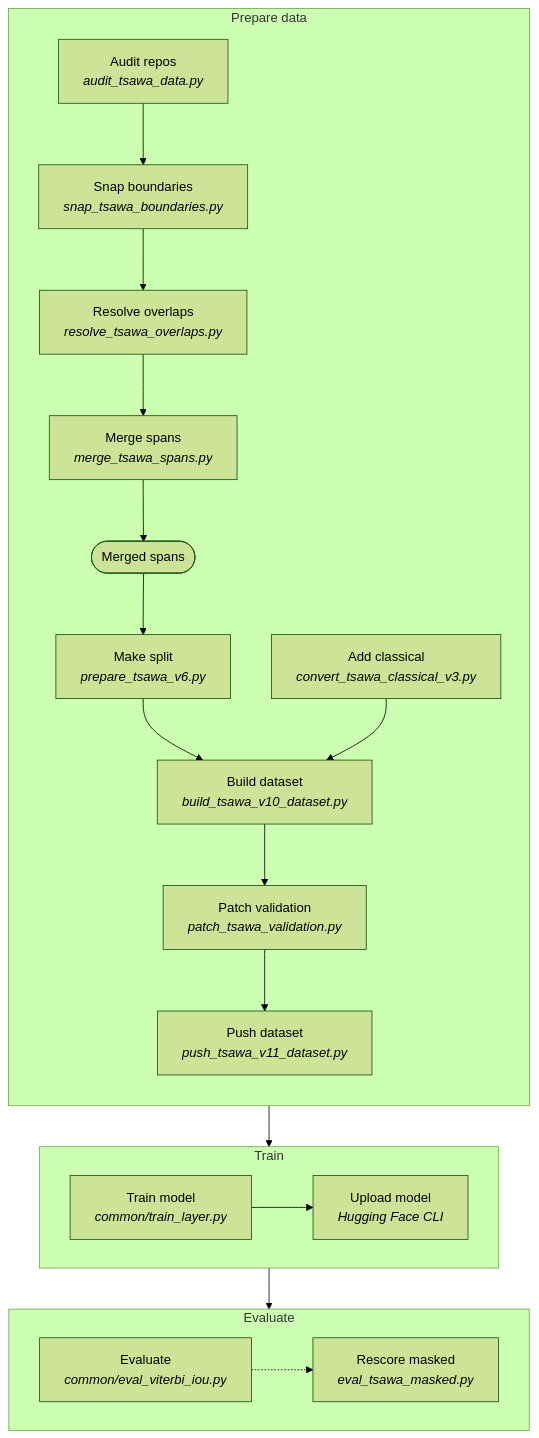
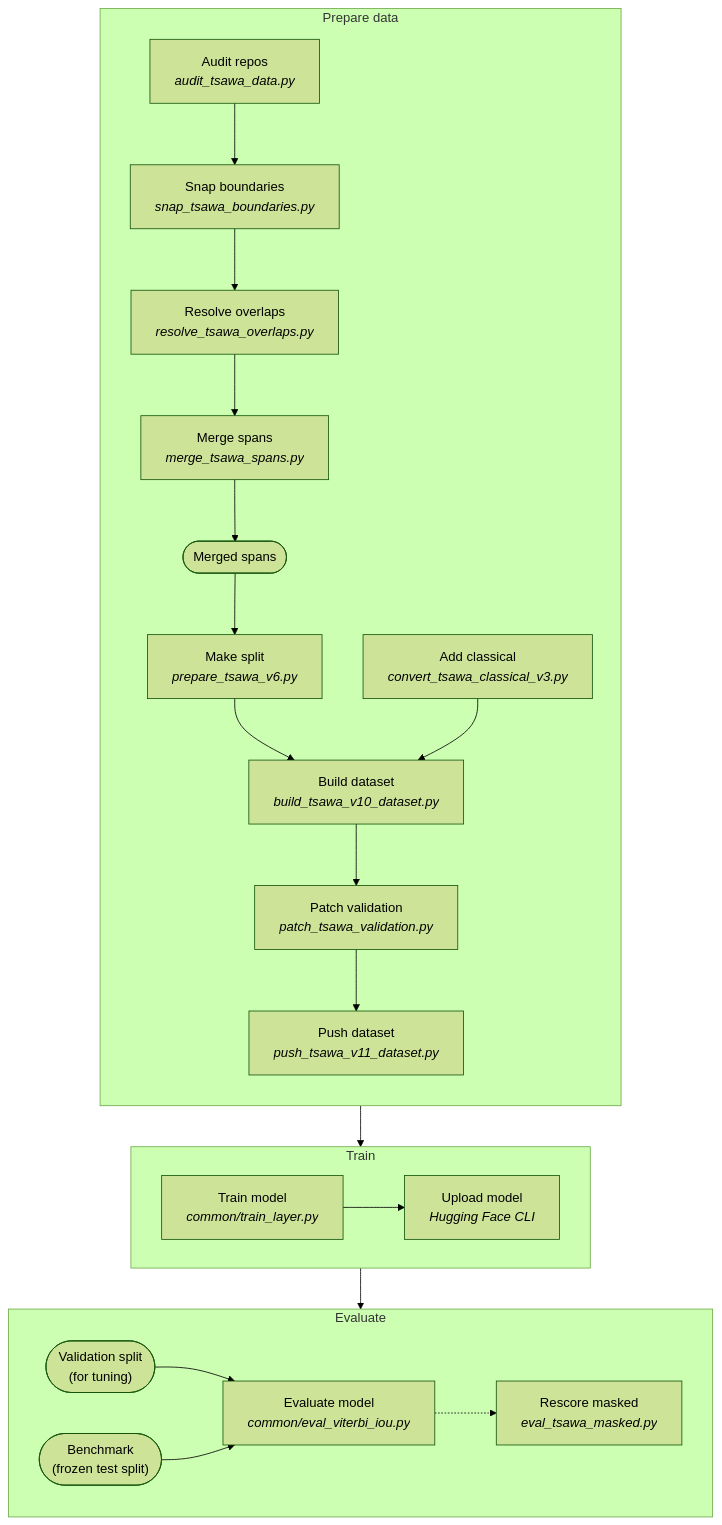
Before and after one commit to tenzinyonten/tibetan-layer-detection: the diagram in tsawa/docs/pipeline.mmd, drawn with Mermaid (forest theme). The commit also changed 14 other files, not shown here.

Commit message:
Charts: benchmark, validation and LLM-baseline boxes for Sabche, Quotation, Title/author, Tsawa, Yigchung

```diff
--- a/tsawa/docs/pipeline.mmd
+++ b/tsawa/docs/pipeline.mmd
@@ -1,24 +1,26 @@
 %%{init: {"flowchart": {"htmlLabels": false}}}%%
 flowchart TD
   subgraph PREP["Prepare data"]
     direction TB
     S1["Audit repos<br/><i>audit_tsawa_data.py</i>"] --> S2["Snap boundaries<br/><i>snap_tsawa_boundaries.py</i>"]
     S2 --> S3["Resolve overlaps<br/><i>resolve_tsawa_overlaps.py</i>"]
     S3 --> S4["Merge spans<br/><i>merge_tsawa_spans.py</i>"]
     S4 --> F1(["Merged spans"])
     F1 --> S5["Make split<br/><i>prepare_tsawa_v6.py</i>"]
     S5 --> S6["Build dataset<br/><i>build_tsawa_v10_dataset.py</i>"]
     S7["Add classical<br/><i>convert_tsawa_classical_v3.py</i>"] --> S6
     S6 --> S8["Patch validation<br/><i>patch_tsawa_validation.py</i>"]
     S8 --> S9["Push dataset<br/><i>push_tsawa_v11_dataset.py</i>"]
   end
   subgraph TRAIN["Train"]
     direction LR
     T1["Train model<br/><i>common/train_layer.py</i>"] --> T2["Upload model<br/><i>Hugging Face CLI</i>"]
   end
   subgraph EVAL["Evaluate"]
     direction LR
-    E1["Evaluate<br/><i>common/eval_viterbi_iou.py</i>"] -.-> E2["Rescore masked<br/><i>eval_tsawa_masked.py</i>"]
+    V(["Validation split<br/>(for tuning)"]) --> E1["Evaluate model<br/><i>common/eval_viterbi_iou.py</i>"]
+    B(["Benchmark<br/>(frozen test split)"]) --> E1["Evaluate model<br/><i>common/eval_viterbi_iou.py</i>"]
+    E1 -.-> E2["Rescore masked<br/><i>eval_tsawa_masked.py</i>"]
   end
   PREP --> TRAIN
   TRAIN --> EVAL
```
